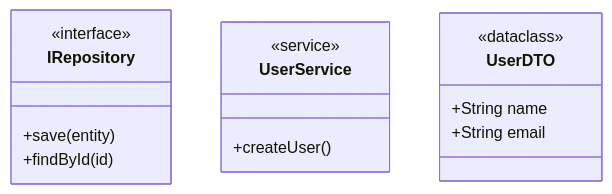
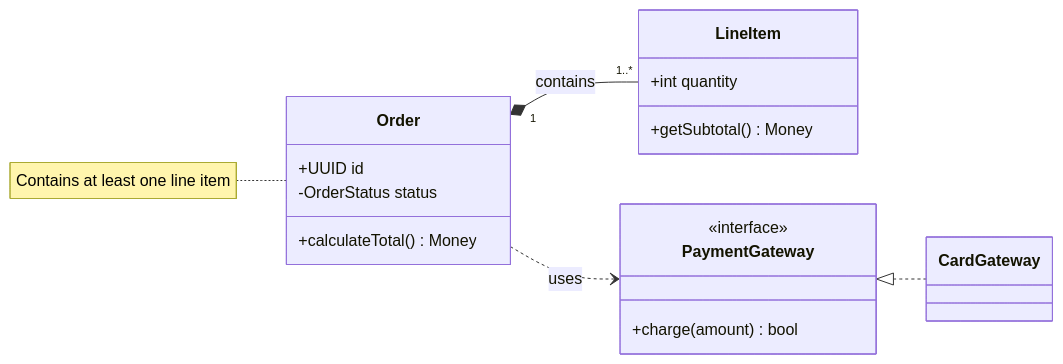
The first of 2 diagrams in skills/mermaid-diagrams/references/class-diagrams.md (YongKyeom/agentic_engineering_settings), drawn with Mermaid before and after one commit. The commit also changed other lines of this file and 15 other files, not shown here.

````diff
--- a/skills/mermaid-diagrams/references/class-diagrams.md
+++ b/skills/mermaid-diagrams/references/class-diagrams.md
@@ -134,19 +5,22 @@
 ```mermaid
 classDiagram
-    class IRepository {
+    direction LR
+    class Order {
+        +UUID id
+        -OrderStatus status
+        +calculateTotal() Money
+    }
+    class LineItem {
+        +int quantity
+        +getSubtotal() Money
+    }
+    class PaymentGateway {
         <<interface>>
-        +save(entity)
-        +findById(id)
+        +charge(amount) bool
     }
-    
-    class UserService {
-        <<service>>
-        +createUser()
-    }
-    
-    class UserDTO {
-        <<dataclass>>
-        +String name
-        +String email
-    }
+    class CardGateway
+    Order "1" *-- "1..*" LineItem : contains
+    Order ..> PaymentGateway : uses
+    PaymentGateway <|.. CardGateway
+    note for Order "Contains at least one line item"
 ```
````
